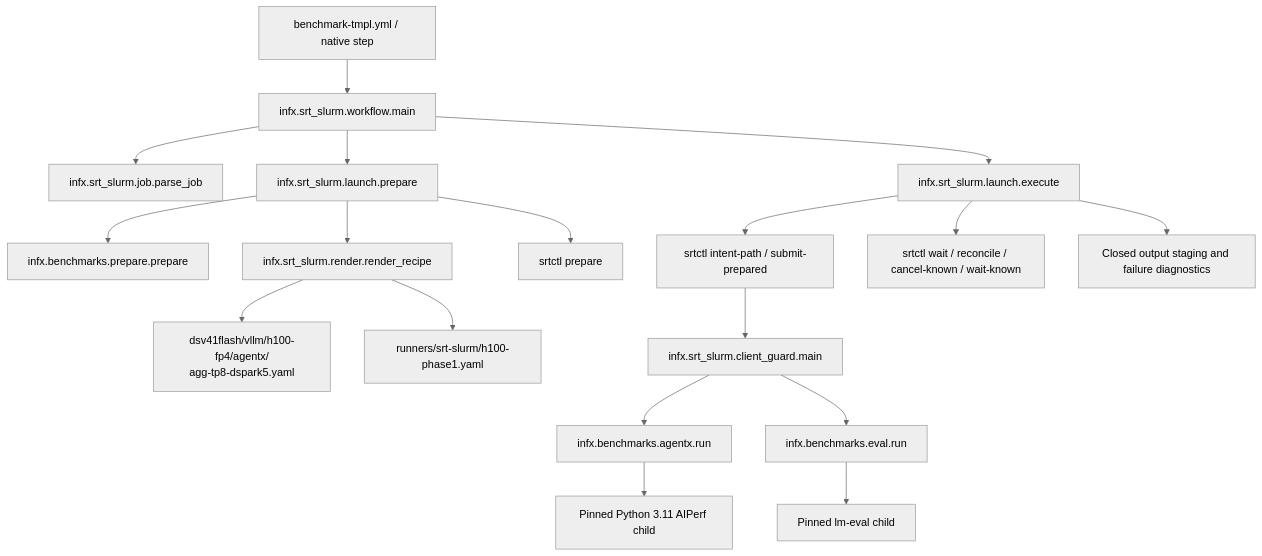
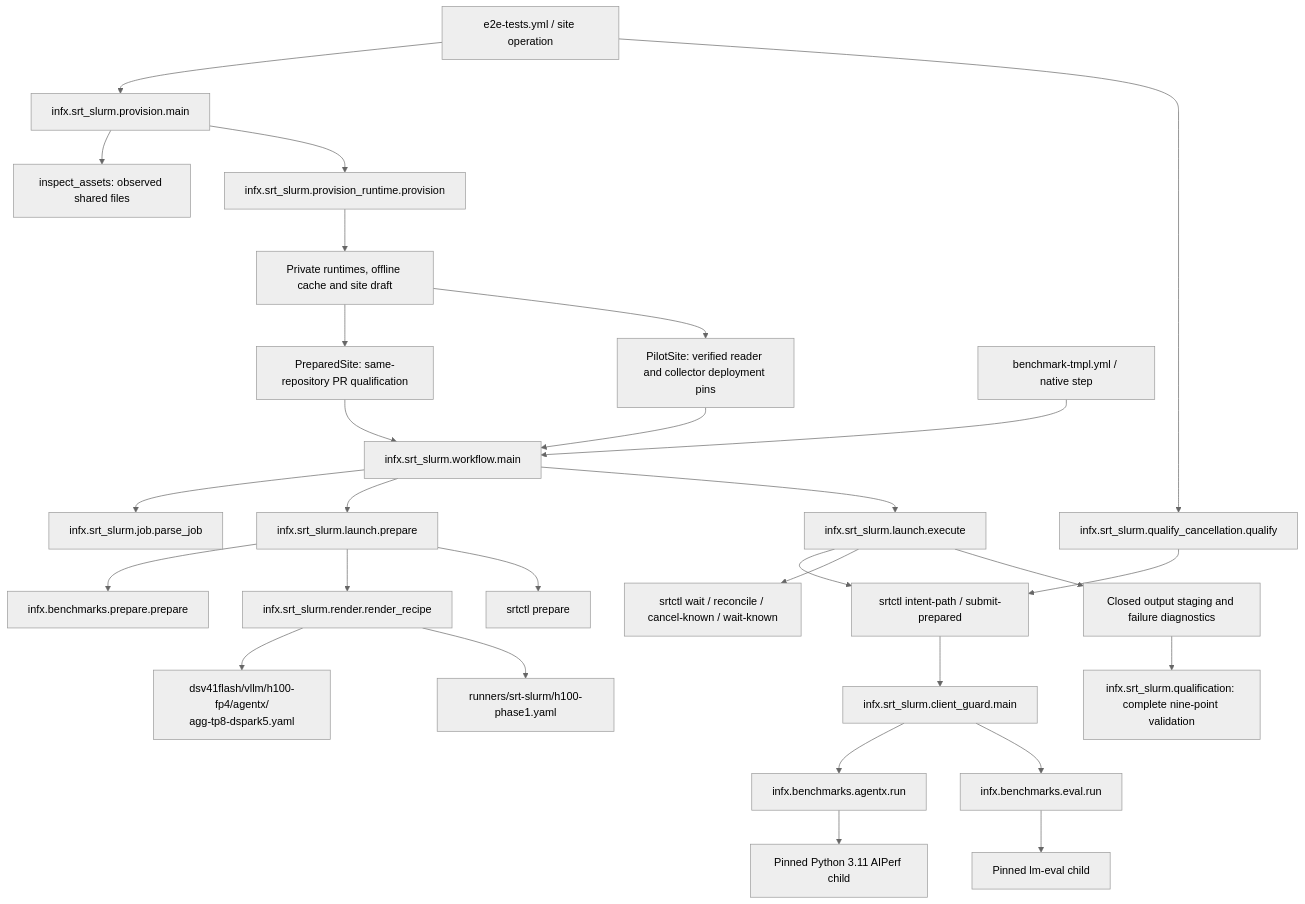
One commit to SemiAnalysisAI/InferenceX changed the second of 2 diagrams in docs/srt-slurm-phase1.md. Above: the diagram before and after it, drawn with Mermaid (neutral theme). The commit also changed other lines of this file and 25 other files, not shown here.

First line of the commit message:
feat: provision and qualify the native H100 pilot without publication

````diff
--- a/docs/srt-slurm-phase1.md
+++ b/docs/srt-slurm-phase1.md
@@ -34,20 +37,31 @@
 ```mermaid
 flowchart TD
+  E[e2e-tests.yml / site operation] --> SP[infx.srt_slurm.provision.main]
+  SP --> SI[inspect_assets: observed shared files]
+  SP --> SR[infx.srt_slurm.provision_runtime.provision]
+  E --> CQ[infx.srt_slurm.qualify_cancellation.qualify]
+  CQ --> NI
+  SR --> SD[Private runtimes, offline cache and site draft]
+  SD --> PQ[PreparedSite: same-repository PR qualification]
+  PQ --> F
+  SD --> DP[PilotSite: verified reader and collector deployment pins]
+  DP --> F
   W[benchmark-tmpl.yml / native step] --> F[infx.srt_slurm.workflow.main]
   F --> J[infx.srt_slurm.job.parse_job]
   F --> P[infx.srt_slurm.launch.prepare]
   P --> CP[infx.benchmarks.prepare.prepare]
   P --> R[infx.srt_slurm.render.render_recipe]
   R --> Y["dsv41flash/vllm/h100-fp4/agentx/<br/>agg-tp8-dspark5.yaml"]
   R --> H[runners/srt-slurm/h100-phase1.yaml]
   P --> NP[srtctl prepare]
   F --> X[infx.srt_slurm.launch.execute]
   X --> NI[srtctl intent-path / submit-prepared]
   X --> NW[srtctl wait / reconcile / cancel-known / wait-known]
   NI --> G[infx.srt_slurm.client_guard.main]
   G --> AX[infx.benchmarks.agentx.run]
   G --> EV[infx.benchmarks.eval.run]
   AX --> AIP[Pinned Python 3.11 AIPerf child]
   EV --> LM[Pinned lm-eval child]
   X --> O[Closed output staging and failure diagnostics]
+  O --> QV[infx.srt_slurm.qualification: complete nine-point validation]
 ```
````
